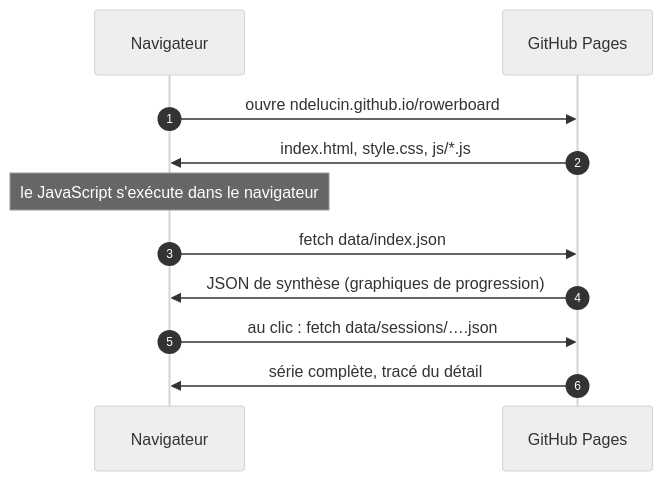
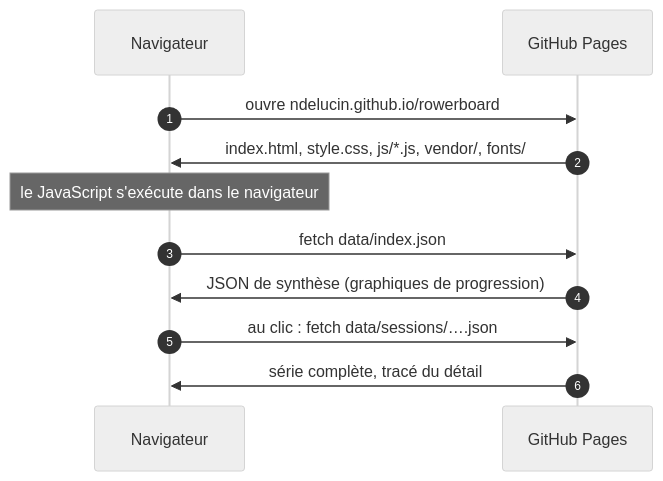
Before and after one commit to ndelucin/rowerboard: the third of 3 diagrams in README.md, drawn with Mermaid (neutral theme). The commit also changed other lines of this file and 2 other files, not shown here.

````diff
--- a/README.md
+++ b/README.md
@@ -181,14 +230,14 @@
 ```mermaid
 sequenceDiagram
     autonumber
     participant Nav as Navigateur
     participant Pages as GitHub Pages
 
     Nav->>Pages: ouvre ndelucin.github.io/rowerboard
-    Pages->>Nav: index.html, style.css, js/*.js
+    Pages->>Nav: index.html, style.css, js/*.js, vendor/, fonts/
     Note over Nav: le JavaScript s'exécute dans le navigateur
     Nav->>Pages: fetch data/index.json
     Pages->>Nav: JSON de synthèse (graphiques de progression)
     Nav->>Pages: au clic : fetch data/sessions/….json
     Pages->>Nav: série complète, tracé du détail
 ```
````
